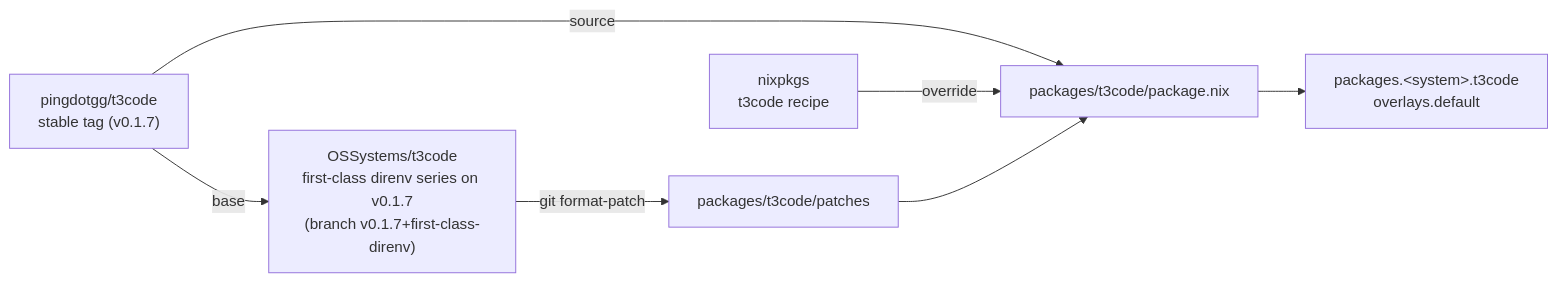
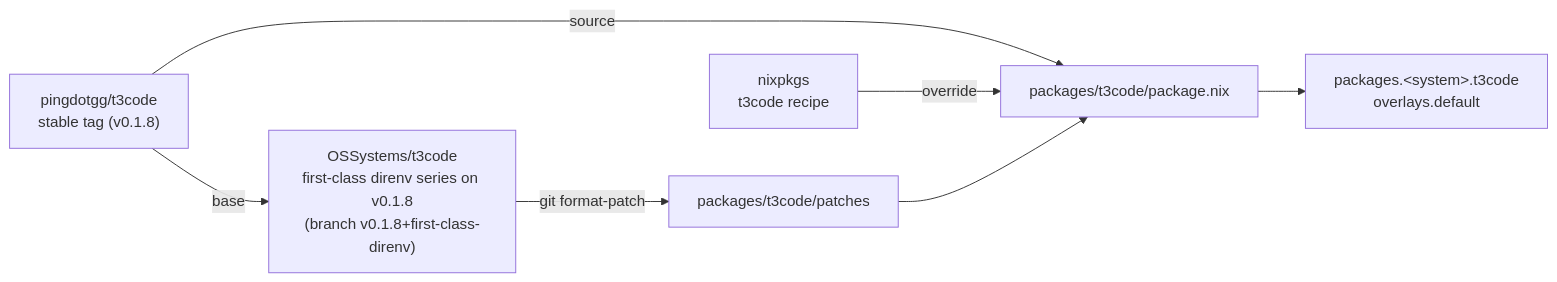
The first of 2 diagrams in README.md (OSSystems/t3code-nix), drawn with Mermaid before and after one commit. The commit also changed 13 other files, not shown here.

````diff
--- a/README.md
+++ b/README.md
@@ -15,16 +15,16 @@
 ```mermaid
 flowchart LR
-  upstream["pingdotgg/t3code<br/>stable tag (v0.1.7)"]
-  fork["OSSystems/t3code<br/>first-class direnv series on v0.1.7<br/>(branch v0.1.7+first-class-direnv)"]
+  upstream["pingdotgg/t3code<br/>stable tag (v0.1.8)"]
+  fork["OSSystems/t3code<br/>first-class direnv series on v0.1.8<br/>(branch v0.1.8+first-class-direnv)"]
   recipe["nixpkgs<br/>t3code recipe"]
   patches["packages/t3code/patches"]
   pkg["packages/t3code/package.nix"]
   out["packages.&lt;system&gt;.t3code<br/>overlays.default"]
 
   upstream -- "base" --> fork
   fork -- "git format-patch" --> patches
   upstream -- "source" --> pkg
   recipe -- "override" --> pkg
   patches --> pkg
   pkg --> out
 ```
````
